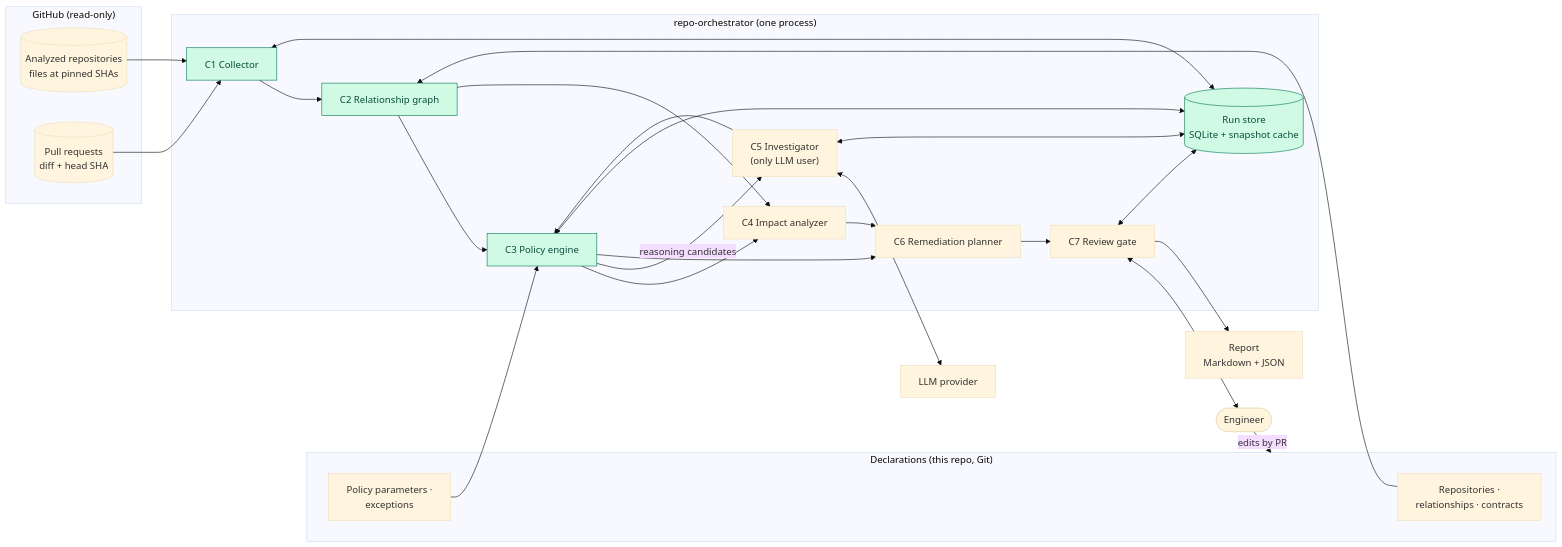
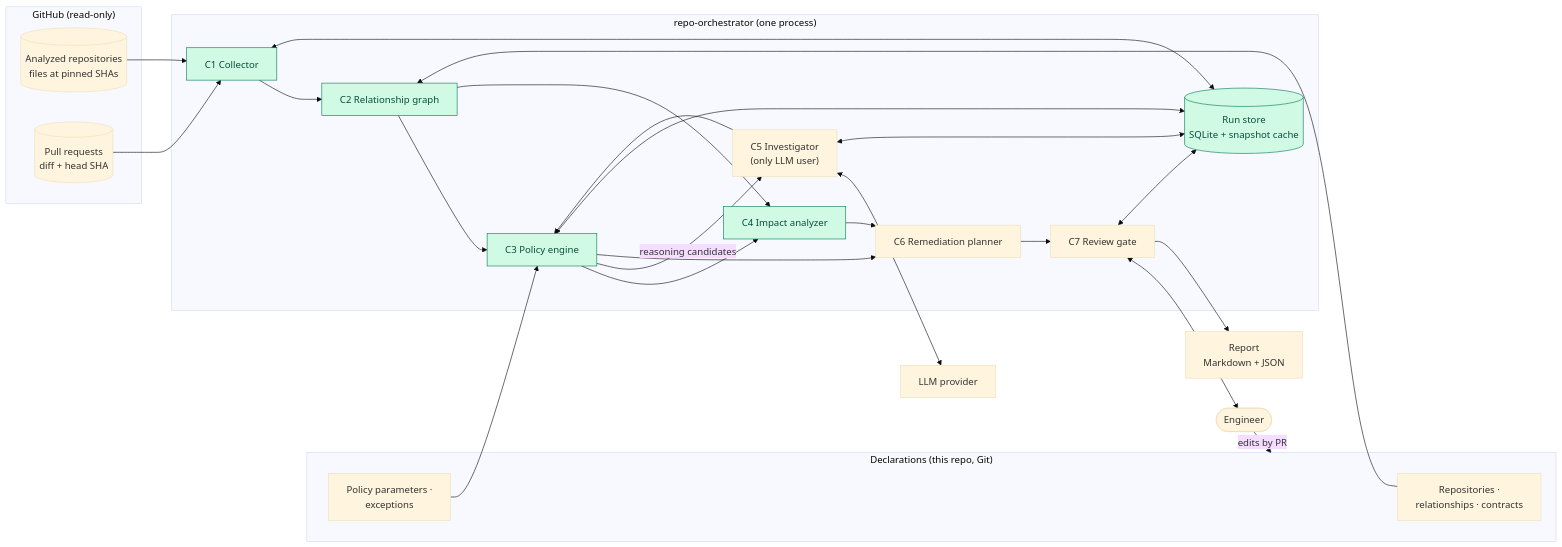
Before and after one commit to koydas/repo-orchestrator: the diagram in docs/architecture.md, drawn with Mermaid (base theme). The commit also changed other lines of this file and 98 other files, not shown here.

````diff
--- a/docs/architecture.md
+++ b/docs/architecture.md
@@ -9,48 +9,48 @@
 ```mermaid
 flowchart LR
     subgraph gh["GitHub (read-only)"]
         repos[("Analyzed repositories<br/>files at pinned SHAs")]
         prs[("Pull requests<br/>diff + head SHA")]
     end
 
     subgraph decl["Declarations (this repo, Git)"]
         rel["Repositories ·<br/>relationships · contracts"]
         pol["Policy parameters ·<br/>exceptions"]
     end
 
     subgraph ro["repo-orchestrator (one process)"]
         col["C1 Collector"]
         grf["C2 Relationship graph"]
         eng["C3 Policy engine"]
         imp["C4 Impact analyzer"]
         inv["C5 Investigator<br/>(only LLM user)"]
         plan["C6 Remediation planner"]
         gate["C7 Review gate"]
         store[("Run store<br/>SQLite + snapshot cache")]
     end
 
     llm["LLM provider"]
     human(["Engineer"])
     out["Report<br/>Markdown + JSON"]
 
     repos --> col
     prs --> col
     rel --> grf
     pol --> eng
     col --> grf --> eng
     grf --> imp
     eng --> imp
     eng -- "reasoning candidates" --> inv
     inv <--> llm
     inv --> eng
     imp --> plan
     eng --> plan
     plan --> gate
     gate <--> human
     gate --> out
     col & eng & inv & gate <--> store
     human -- "edits by PR" --> decl
 
     classDef m1 fill:#d1fae5,stroke:#047857,color:#064e3b
-    class col,grf,eng,store m1
+    class col,grf,eng,imp,store m1
 ```
````
